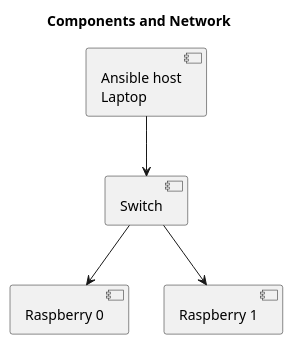
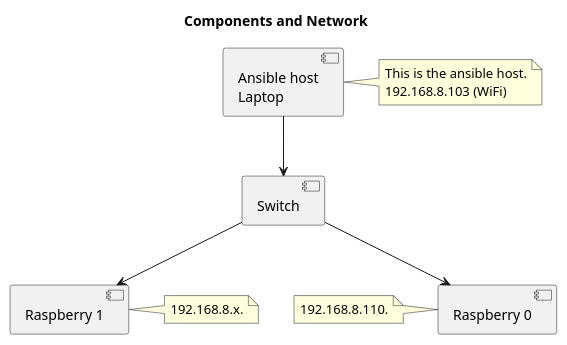
Before and after one commit to yeehazerog/raspi-ansible: the diagram in components.plantuml, drawn with PlantUML.

Commit message:
Added notes

```diff
--- a/components.plantuml
+++ b/components.plantuml
@@ -1,19 +1,33 @@
 @startuml
 
 scale max 600 width
 
 title            Components and Network
 
 component [Ansible host\nLaptop] as host
 
 component [Switch] as switch
 
 component [Raspberry 0] as RPI0
 component [Raspberry 1] as RPI1
 
 ' links
 host --> switch
 switch --> RPI0
 switch --> RPI1
 
+' notes
+note right of host
+  This is the ansible host.
+  192.168.8.103 (WiFi)
+end note
+
+note left of RPI0
+  192.168.8.110.
+end note
+
+note right of RPI1
+  192.168.8.x.
+end note
+
 @enduml
```
